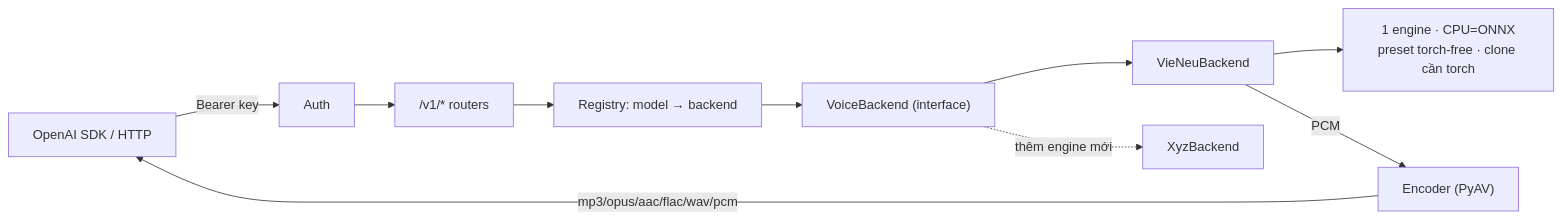
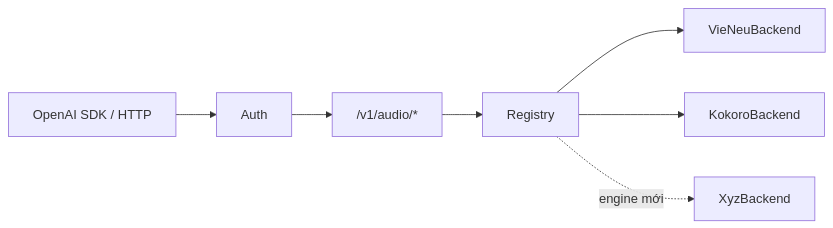
The diagram in README.md (truongqv12/all_voice), drawn with Mermaid before and after one commit. The commit also changed other lines of this file and 7 other files, not shown here.

````diff
--- a/README.md
+++ b/README.md
@@ -30,12 +34,9 @@
 ```mermaid
 flowchart LR
-    Client["OpenAI SDK / HTTP"] -->|"Bearer key"| Auth[Auth]
-    Auth --> Router["/v1/* routers"]
-    Router --> Reg["Registry: model → backend"]
-    Reg --> BE["VoiceBackend (interface)"]
-    BE --> VieNeu[VieNeuBackend]
-    BE -. thêm engine mới .-> Other[XyzBackend]
-    VieNeu --> Engine["1 engine · CPU=ONNX<br/>preset torch-free · clone cần torch"]
-    VieNeu -->|PCM| Enc["Encoder (PyAV)"]
-    Enc -->|"mp3/opus/aac/flac/wav/pcm"| Client
+    Client["OpenAI SDK / HTTP"] --> Auth[Auth]
+    Auth --> Router["/v1/audio/*"]
+    Router --> Reg["Registry"]
+    Reg --> VieNeu[VieNeuBackend]
+    Reg --> Kokoro[KokoroBackend]
+    Reg -. engine mới .-> Other[XyzBackend]
 ```
````
